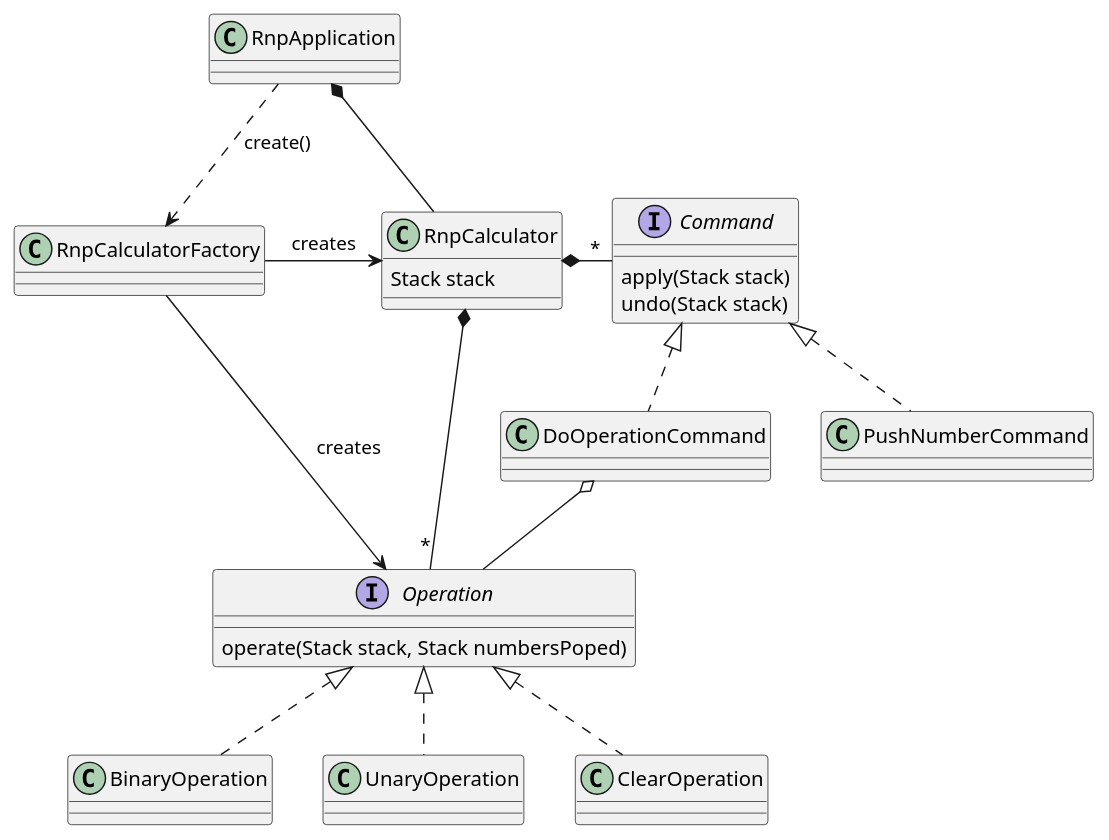
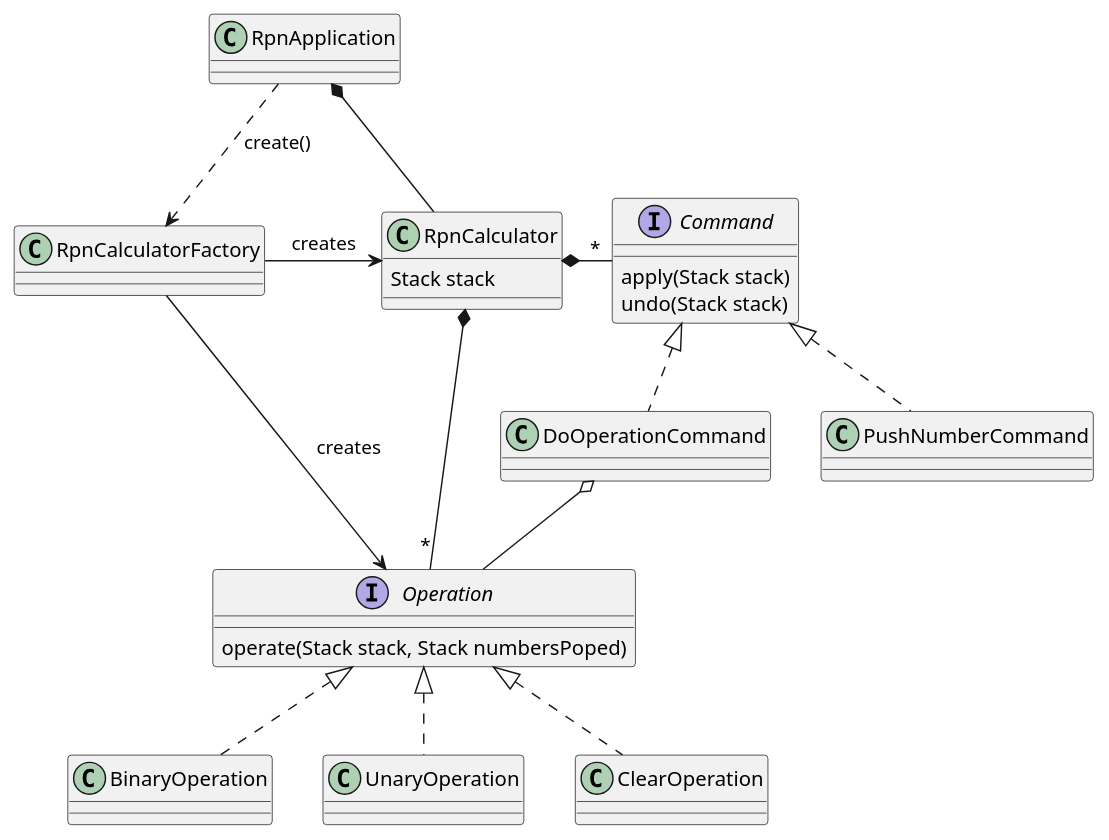
The diagram in doc/class_diagram.pu (bensmith87/rpn), drawn with PlantUML before and after one commit. The commit also changed 20 other files, not shown here.

```diff
--- a/doc/class_diagram.pu
+++ b/doc/class_diagram.pu
@@ -1,25 +1,25 @@
 @startuml
-class RnpCalculator
-RnpCalculator : Stack stack
+class RpnCalculator
+RpnCalculator : Stack stack
 
-RnpApplication ..> RnpCalculatorFactory : create()
-RnpCalculatorFactory -> RnpCalculator : creates
-RnpCalculatorFactory -> Operation: creates
-RnpApplication *- RnpCalculator
+RpnApplication ..> RpnCalculatorFactory : create()
+RpnCalculatorFactory -> RpnCalculator : creates
+RpnCalculatorFactory -> Operation: creates
+RpnApplication *- RpnCalculator
 
 interface Command
 Command : apply(Stack stack)
 Command : undo(Stack stack)
 Command <|.down. DoOperationCommand
 Command <|.down. PushNumberCommand
 
 interface Operation
 Operation : operate(Stack stack, Stack numbersPoped)
 Operation <|.down. BinaryOperation
 Operation <|.down. UnaryOperation
 Operation <|.down. ClearOperation
 
 DoOperationCommand o-down- Operation
-RnpCalculator *- "*" Operation
-RnpCalculator *- "*" Command
+RpnCalculator *- "*" Operation
+RpnCalculator *- "*" Command
 @enduml
```
